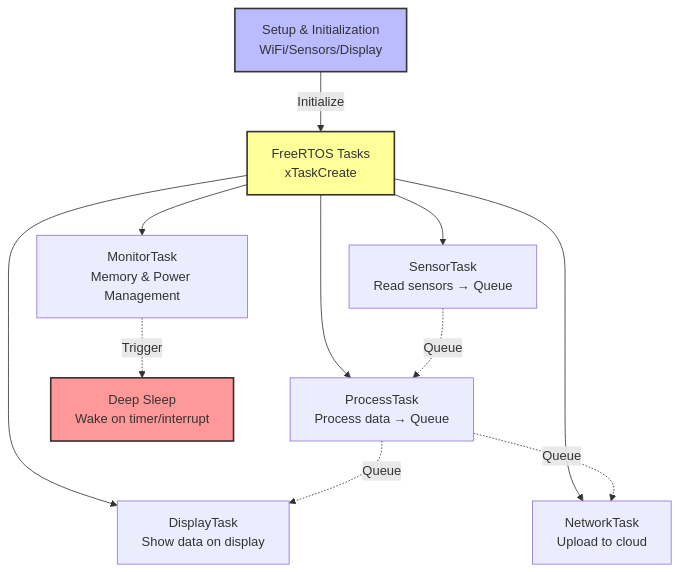
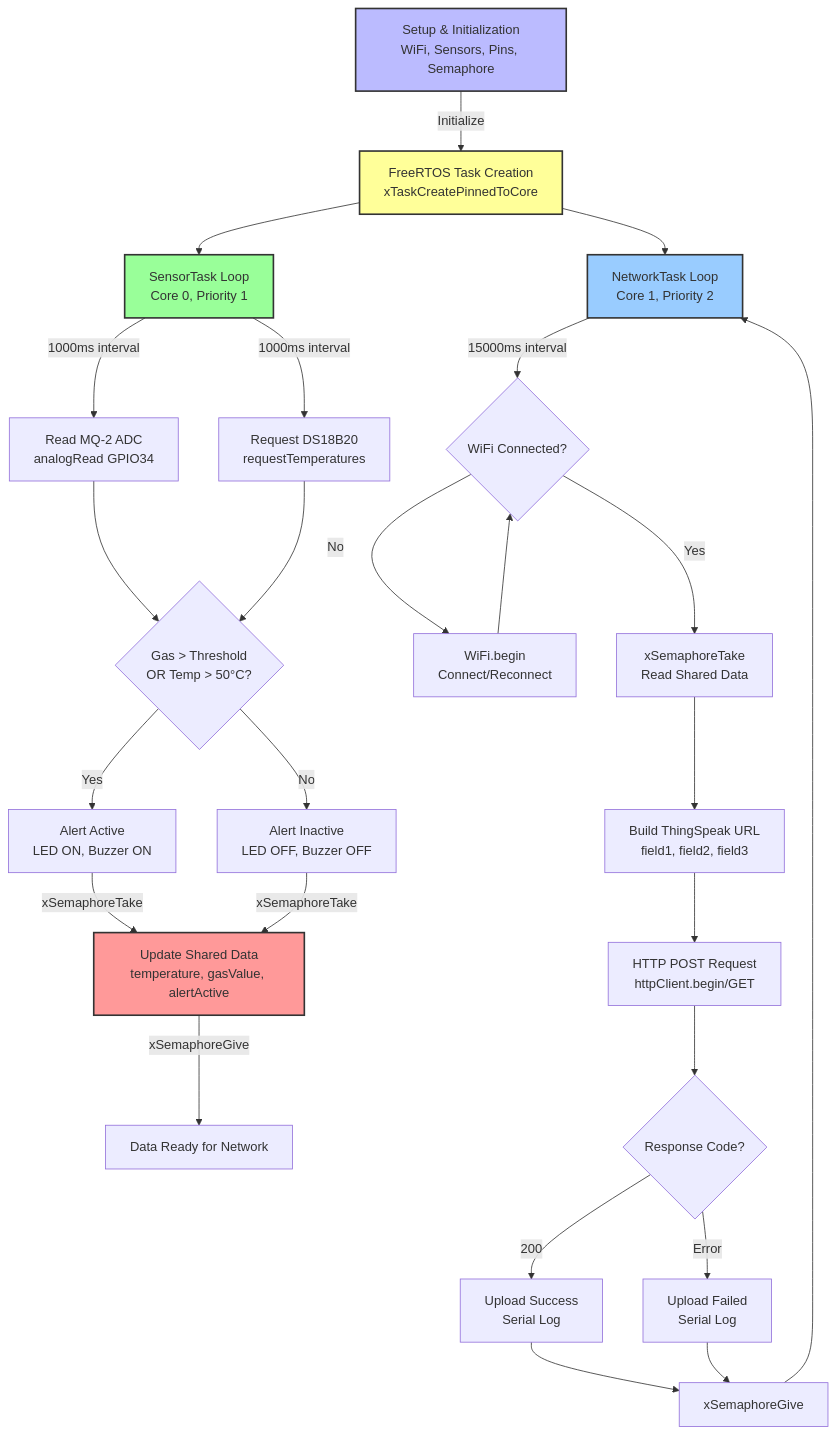
Before and after one commit to ficrammanifur/esp32c3-oled-weather: the third of 3 diagrams in SistemWaktuNyata/README.md, drawn with Mermaid. The commit also changed other lines of this file, not shown here.

````diff
--- a/SistemWaktuNyata/README.md
+++ b/SistemWaktuNyata/README.md
@@ -179,16 +290,39 @@
 ```mermaid
 flowchart TD
-    A[Setup & Initialization<br/>WiFi/Sensors/Display] -->|Initialize| B[FreeRTOS Tasks<br/>xTaskCreate]
-    B --> C[SensorTask<br/>Read sensors → Queue]
-    B --> D[ProcessTask<br/>Process data → Queue]
-    B --> E[DisplayTask<br/>Show data on display]
-    B --> F[NetworkTask<br/>Upload to cloud]
-    B --> G[MonitorTask<br/>Memory & Power Management]
-    C -.->|Queue| D
-    D -.->|Queue| E
-    D -.->|Queue| F
-    G -.->|Trigger| H[Deep Sleep<br/>Wake on timer/interrupt]
+    A[Setup & Initialization<br/>WiFi, Sensors, Pins, Semaphore] -->|Initialize| B[FreeRTOS Task Creation<br/>xTaskCreatePinnedToCore]
+    B --> C[SensorTask Loop<br/>Core 0, Priority 1]
+    B --> D[NetworkTask Loop<br/>Core 1, Priority 2]
+    
+    C -->|1000ms interval| E[Read MQ-2 ADC<br/>analogRead GPIO34]
+    C -->|1000ms interval| F[Request DS18B20<br/>requestTemperatures]
+    E --> G{Gas > Threshold<br/>OR Temp > 50°C?}
+    F --> G
+    
+    G -->|Yes| H[Alert Active<br/>LED ON, Buzzer ON]
+    G -->|No| I[Alert Inactive<br/>LED OFF, Buzzer OFF]
+    
+    H -->|xSemaphoreTake| J[Update Shared Data<br/>temperature, gasValue, alertActive]
+    I -->|xSemaphoreTake| J
+    
+    J -->|xSemaphoreGive| K[Data Ready for Network]
+    
+    D -->|15000ms interval| L{WiFi Connected?}
+    L -->|No| M[WiFi.begin<br/>Connect/Reconnect]
+    L -->|Yes| N[xSemaphoreTake<br/>Read Shared Data]
+    M --> L
+    
+    N --> O[Build ThingSpeak URL<br/>field1, field2, field3]
+    O --> P[HTTP POST Request<br/>httpClient.begin/GET]
+    P --> Q{Response Code?}
+    Q -->|200| R[Upload Success<br/>Serial Log]
+    Q -->|Error| S[Upload Failed<br/>Serial Log]
+    R --> T[xSemaphoreGive]
+    S --> T
+    T --> D
+    
     style A fill:#bbf,stroke:#333,stroke-width:2px
     style B fill:#ff9,stroke:#333,stroke-width:2px
-    style H fill:#f99,stroke:#333,stroke-width:2px
+    style C fill:#9f9,stroke:#333,stroke-width:2px
+    style D fill:#9cf,stroke:#333,stroke-width:2px
+    style J fill:#f99,stroke:#333,stroke-width:2px
 ```
````
